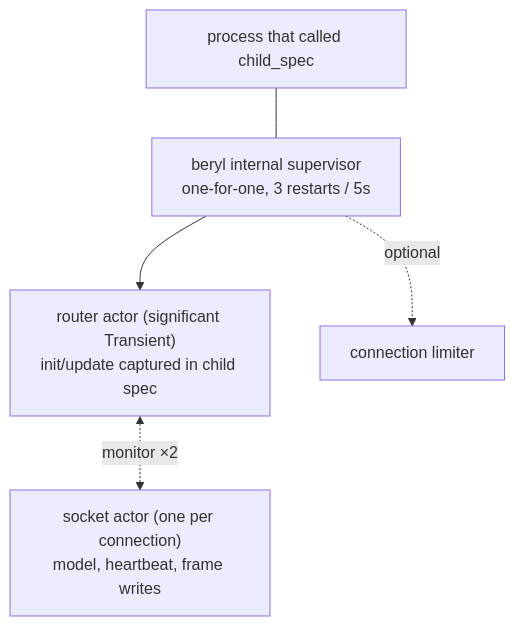
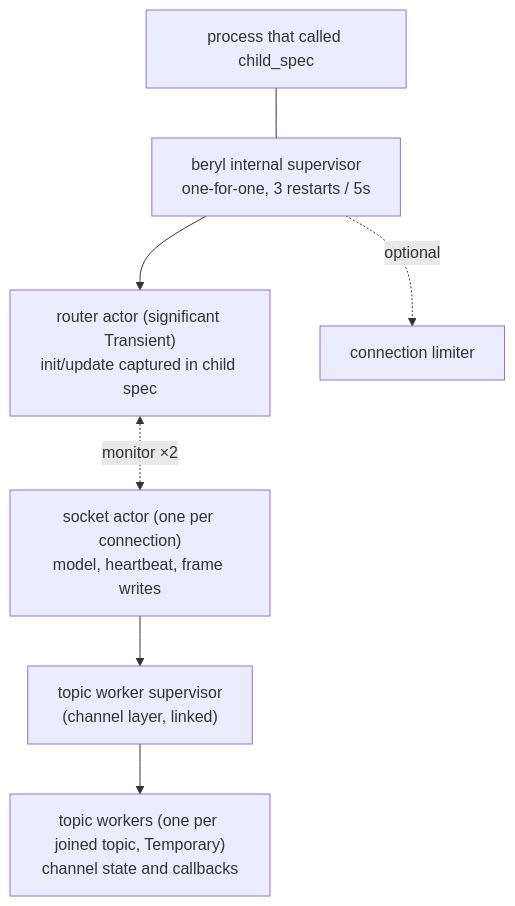
The diagram in website/src/content/docs/architecture/runtime.md (tylerbutler/beryl), drawn with Mermaid before and after one commit. The commit also changed other lines of this file and 27 other files, not shown here.

First line of the commit message:
feat(channel): run each accepted topic in its own process (#371)

````diff
--- a/website/src/content/docs/architecture/runtime.md
+++ b/website/src/content/docs/architecture/runtime.md
@@ -119,8 +131,10 @@
 ```mermaid
 flowchart TB
   APP["process that called child_spec"]
   APP --- SUP["beryl internal supervisor<br/>one-for-one, 3 restarts / 5s"]
   SUP --> RT["router actor (significant Transient)<br/>init/update captured in child spec"]
   SUP -. optional .-> LIMITER["connection limiter"]
   RT <-. "monitor ×2" .-> SA1["socket actor (one per connection)<br/>model, heartbeat, frame writes"]
+  SA1 --> WS["topic worker supervisor<br/>(channel layer, linked)"]
+  WS --> W["topic workers (one per joined topic, Temporary)<br/>channel state and callbacks"]
 ```
````
